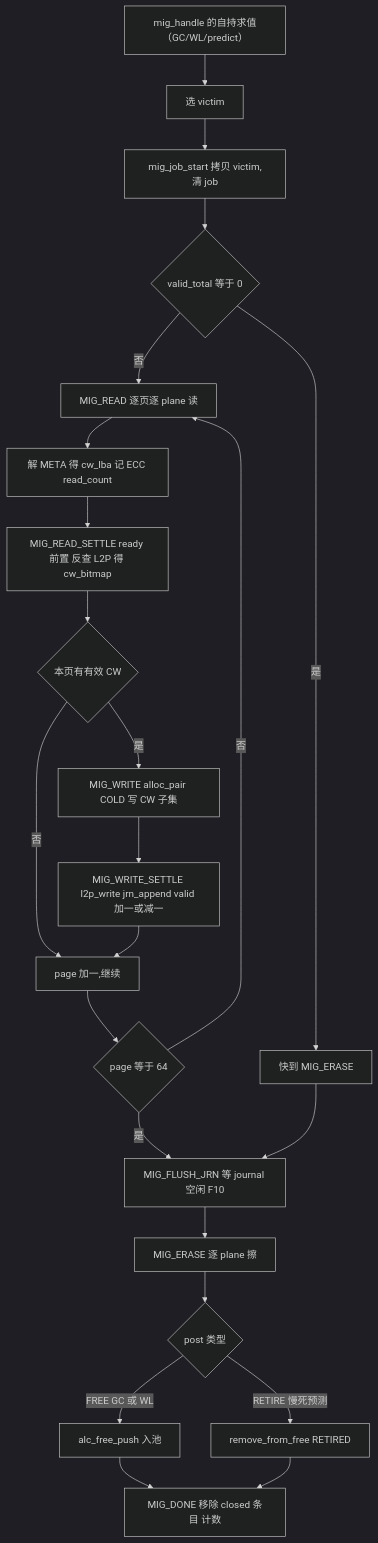
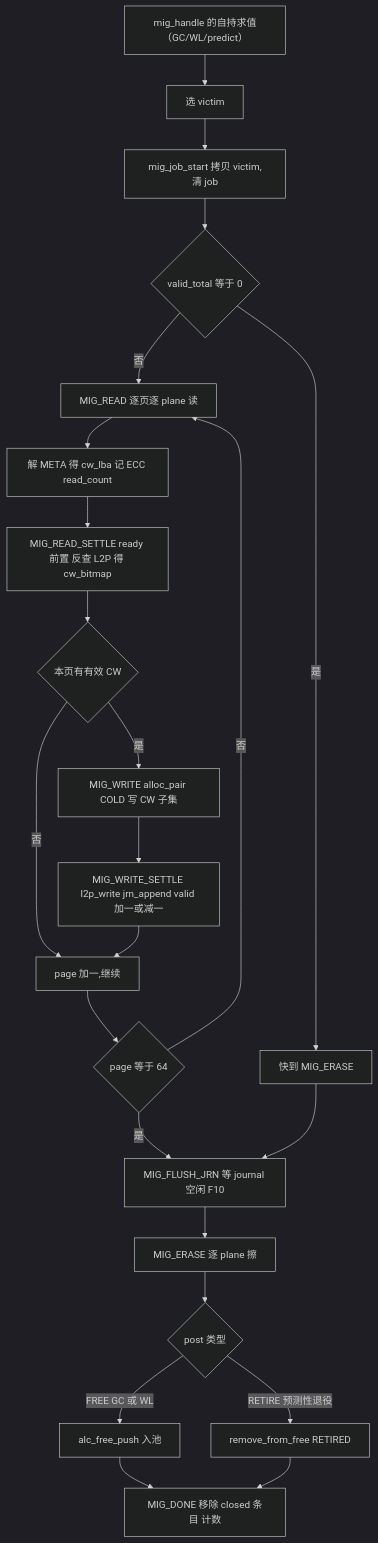
Before and after one commit to YzYMIAO/BASESSD: diagram 32 of 34 in docs/design/ftl_design.md, drawn with Mermaid (dark theme). The commit also changed other lines of this file and 45 other files, not shown here.

````diff
--- a/docs/design/ftl_design.md
+++ b/docs/design/ftl_design.md
@@ -4638,25 +4640,25 @@
 ```mermaid
 flowchart TD
     A["mig_handle 的自持求值（GC/WL/predict）"] --> B["选 victim"]
     B --> C["mig_job_start 拷贝 victim,清 job"]
     C --> D{"valid_total 等于 0"}
     D -- "是" --> E["快到 MIG_ERASE"]
     D -- "否" --> F["MIG_READ 逐页逐 plane 读"]
     F --> G["解 META 得 cw_lba 记 ECC read_count"]
     G --> H["MIG_READ_SETTLE ready 前置 反查 L2P 得 cw_bitmap"]
     H --> I{"本页有有效 CW"}
     I -- "否" --> J["page 加一,继续"]
     I -- "是" --> K["MIG_WRITE alloc_pair COLD 写 CW 子集"]
     K --> L["MIG_WRITE_SETTLE l2p_write jrn_append valid 加一或减一"]
     L --> J
     J --> M{"page 等于 64"}
     M -- "否" --> F
     M -- "是" --> N["MIG_FLUSH_JRN 等 journal 空闲 F10"]
     N --> O["MIG_ERASE 逐 plane 擦"]
     O --> P{"post 类型"}
     P -- "FREE GC 或 WL" --> Q["alc_free_push 入池"]
-    P -- "RETIRE 慢死预测" --> R["remove_from_free RETIRED"]
+    P -- "RETIRE 预测性退役" --> R["remove_from_free RETIRED"]
     Q --> S["MIG_DONE 移除 closed 条目 计数"]
     R --> S
     E --> N
 ```
````
